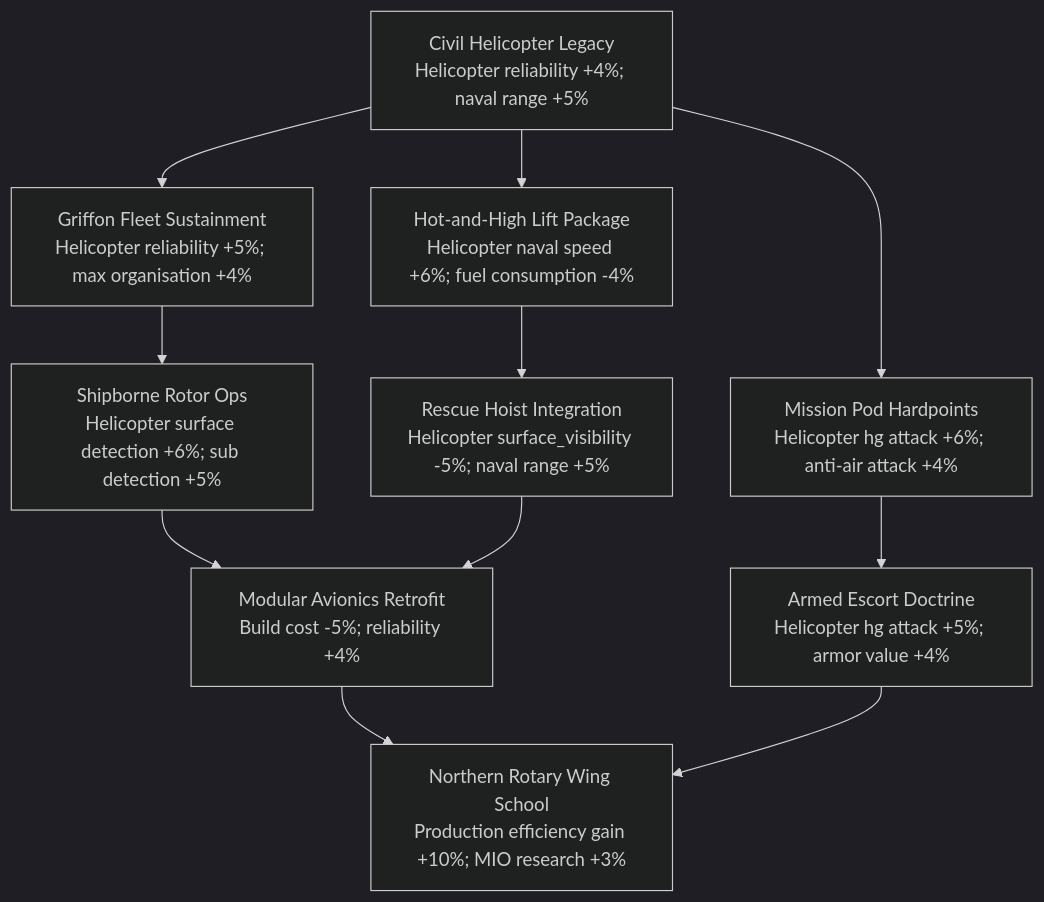
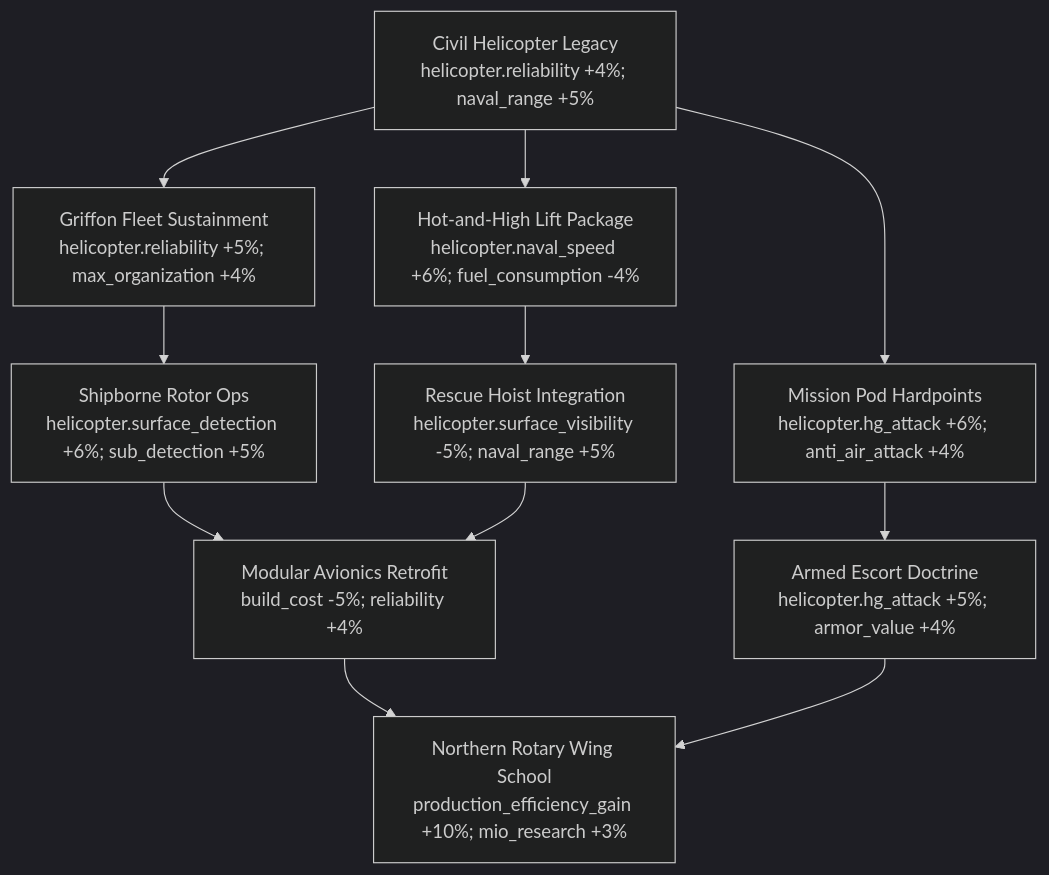
One commit to MillenniumDawn/Millennium-Dawn changed the third of 9 diagrams in docs/countries/canada/mio.md. Above: the diagram before and after it, drawn with Mermaid (dark theme). The commit also changed other lines of this file, not shown here.

Commit message:
MIO cleanup

````diff
--- a/docs/countries/canada/mio.md
+++ b/docs/countries/canada/mio.md
@@ -138,23 +137,23 @@
 ```mermaid
 flowchart TD
-    H0["Civil Helicopter Legacy<br/>Helicopter reliability +4%; naval range +5%"]
-    H1["Griffon Fleet Sustainment<br/>Helicopter reliability +5%; max organisation +4%"]
-    H2["Hot-and-High Lift Package<br/>Helicopter naval speed +6%; fuel consumption -4%"]
-    H3["Mission Pod Hardpoints<br/>Helicopter hg attack +6%; anti-air attack +4%"]
-    H4["Shipborne Rotor Ops<br/>Helicopter surface detection +6%; sub detection +5%"]
-    H5["Rescue Hoist Integration<br/>Helicopter surface_visibility -5%; naval range +5%"]
-    H6["Modular Avionics Retrofit<br/>Build cost -5%; reliability +4%"]
-    H7["Armed Escort Doctrine<br/>Helicopter hg attack +5%; armor value +4%"]
-    H8["Northern Rotary Wing School<br/>Production efficiency gain +10%; MIO research +3%"]
+    H0["Civil Helicopter Legacy<br/>helicopter.reliability +4%; naval_range +5%"]
+    H1["Griffon Fleet Sustainment<br/>helicopter.reliability +5%; max_organization +4%"]
+    H2["Hot-and-High Lift Package<br/>helicopter.naval_speed +6%; fuel_consumption -4%"]
+    H3["Mission Pod Hardpoints<br/>helicopter.hg_attack +6%; anti_air_attack +4%"]
+    H4["Shipborne Rotor Ops<br/>helicopter.surface_detection +6%; sub_detection +5%"]
+    H5["Rescue Hoist Integration<br/>helicopter.surface_visibility -5%; naval_range +5%"]
+    H6["Modular Avionics Retrofit<br/>build_cost -5%; reliability +4%"]
+    H7["Armed Escort Doctrine<br/>helicopter.hg_attack +5%; armor_value +4%"]
+    H8["Northern Rotary Wing School<br/>production_efficiency_gain +10%; mio_research +3%"]
 
     H0 --> H1
     H0 --> H2
     H0 --> H3
     H1 --> H4
     H2 --> H5
     H3 --> H7
     H4 --> H6
     H5 --> H6
     H6 --> H8
     H7 --> H8
 ```
````
